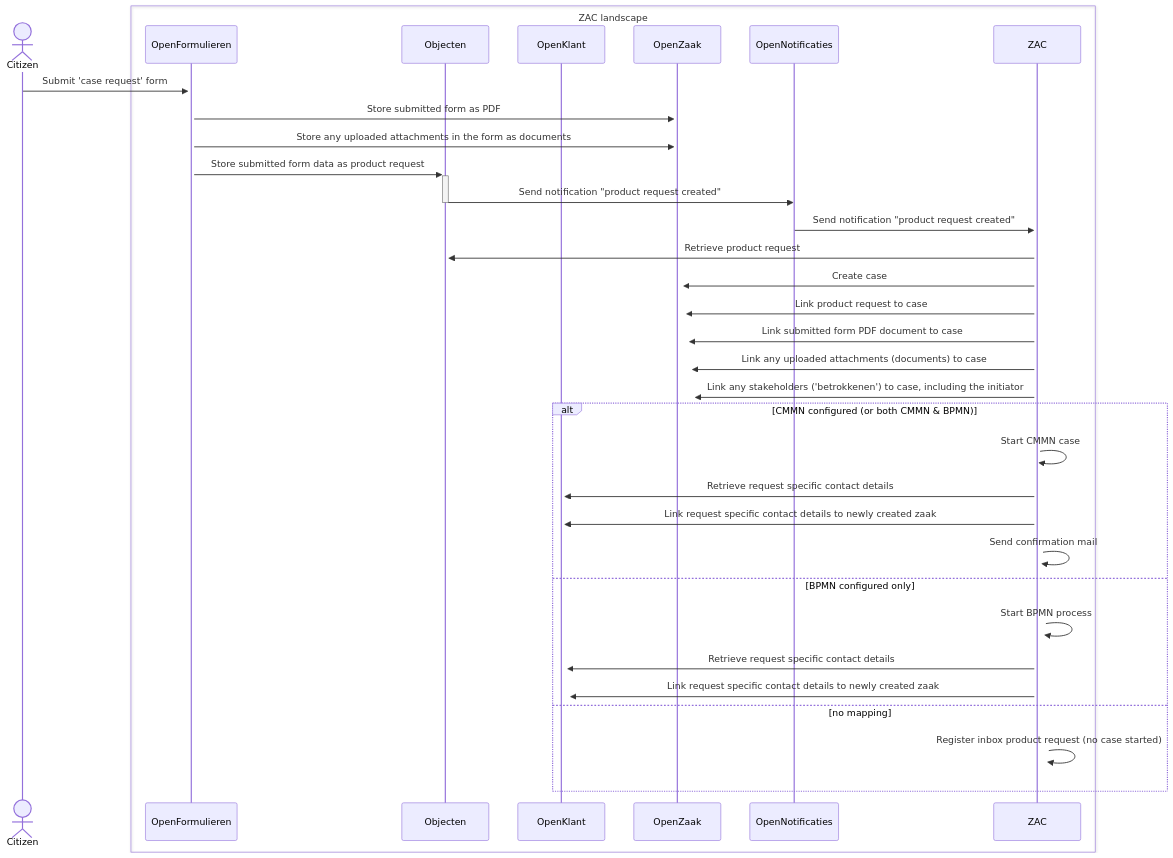
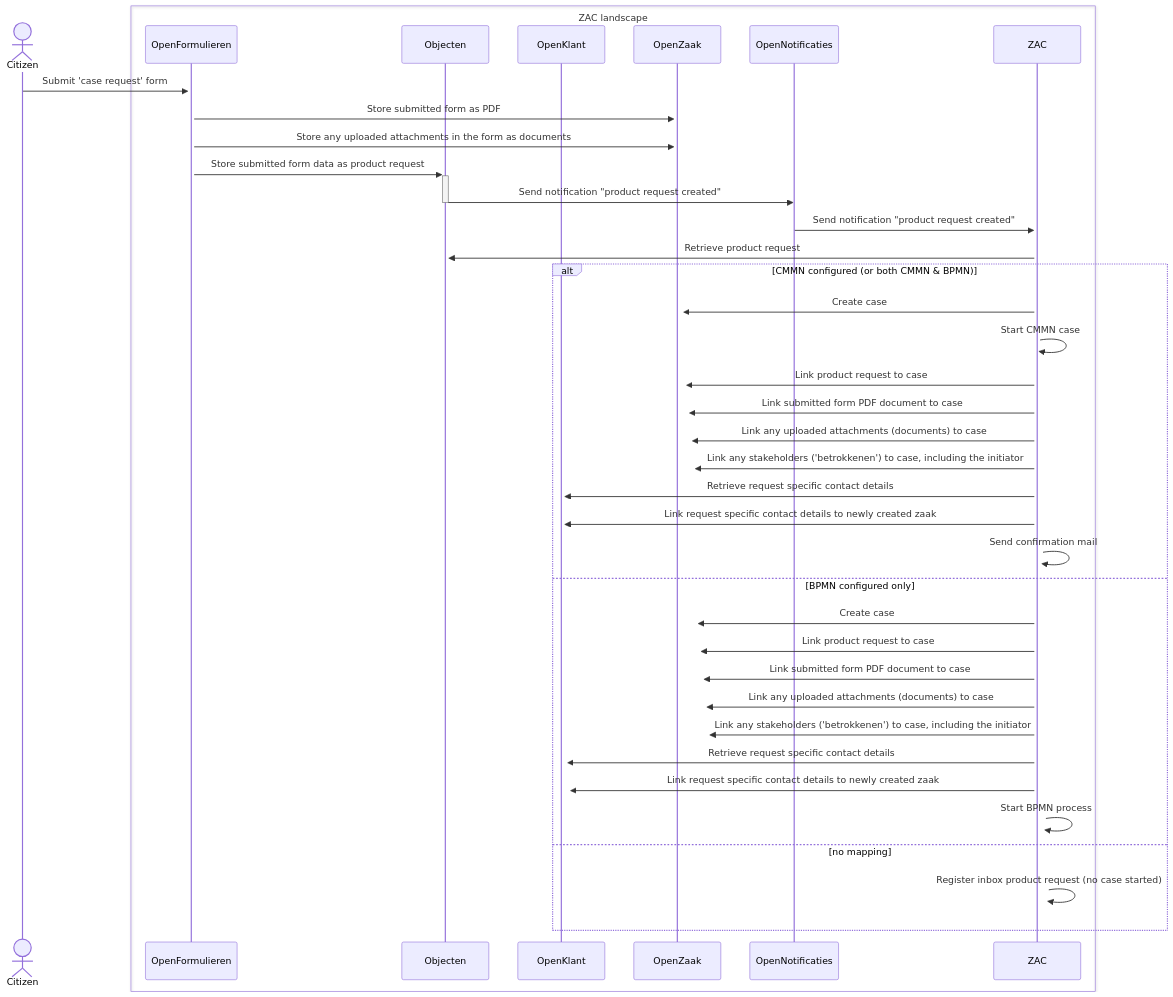
The diagram in docs/solution-architecture/productRequestSupport.md (infonl/dimpact-zaakafhandelcomponent), drawn with Mermaid before and after one commit. The commit also changed other lines of this file and 14 other files, not shown here.

````diff
--- a/docs/solution-architecture/productRequestSupport.md
+++ b/docs/solution-architecture/productRequestSupport.md
@@ -51,37 +51,42 @@
 ```mermaid
 sequenceDiagram
     actor Citizen
     box ZAC landscape
     participant OpenFormulieren
     participant Objecten
     participant OpenKlant
     participant OpenZaak
     participant OpenNotificaties
     participant ZAC
     end
 
     Citizen->>+OpenFormulieren: Submit 'case request' form
     OpenFormulieren->>+OpenZaak: Store submitted form as PDF
     OpenFormulieren->>+OpenZaak: Store any uploaded attachments in the form as documents
     OpenFormulieren->>+Objecten: Store submitted form data as product request
     Objecten->>-OpenNotificaties: Send notification "product request created"
     OpenNotificaties->>+ZAC: Send notification "product request created"
     ZAC->>+Objecten: Retrieve product request
-    ZAC->>+OpenZaak: Create case
-    ZAC->>+OpenZaak: Link product request to case
-    ZAC->>+OpenZaak: Link submitted form PDF document to case
-    ZAC->>+OpenZaak: Link any uploaded attachments (documents) to case
-    ZAC->>+OpenZaak: Link any stakeholders ('betrokkenen') to case, including the initiator
     alt CMMN configured (or both CMMN & BPMN)
+        ZAC->>+OpenZaak: Create case
         ZAC->>+ZAC: Start CMMN case
+        ZAC->>+OpenZaak: Link product request to case
+        ZAC->>+OpenZaak: Link submitted form PDF document to case
+        ZAC->>+OpenZaak: Link any uploaded attachments (documents) to case
+        ZAC->>+OpenZaak: Link any stakeholders ('betrokkenen') to case, including the initiator
         ZAC->>+OpenKlant: Retrieve request specific contact details
         ZAC->>+OpenKlant: Link request specific contact details to newly created zaak
         ZAC->>+ZAC: Send confirmation mail
     else BPMN configured only
-        ZAC->>+ZAC: Start BPMN process
+        ZAC->>+OpenZaak: Create case
+        ZAC->>+OpenZaak: Link product request to case
+        ZAC->>+OpenZaak: Link submitted form PDF document to case
+        ZAC->>+OpenZaak: Link any uploaded attachments (documents) to case
+        ZAC->>+OpenZaak: Link any stakeholders ('betrokkenen') to case, including the initiator
         ZAC->>+OpenKlant: Retrieve request specific contact details
         ZAC->>+OpenKlant: Link request specific contact details to newly created zaak
+        ZAC->>+ZAC: Start BPMN process
     else no mapping
         ZAC->>+ZAC: Register inbox product request (no case started)
     end
 ```
````
